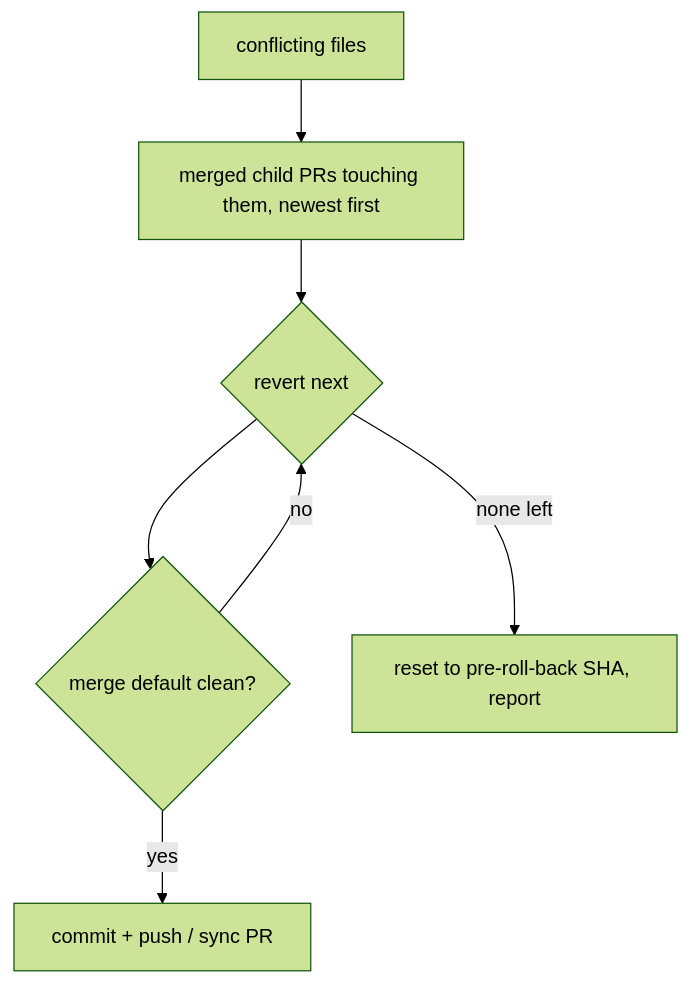
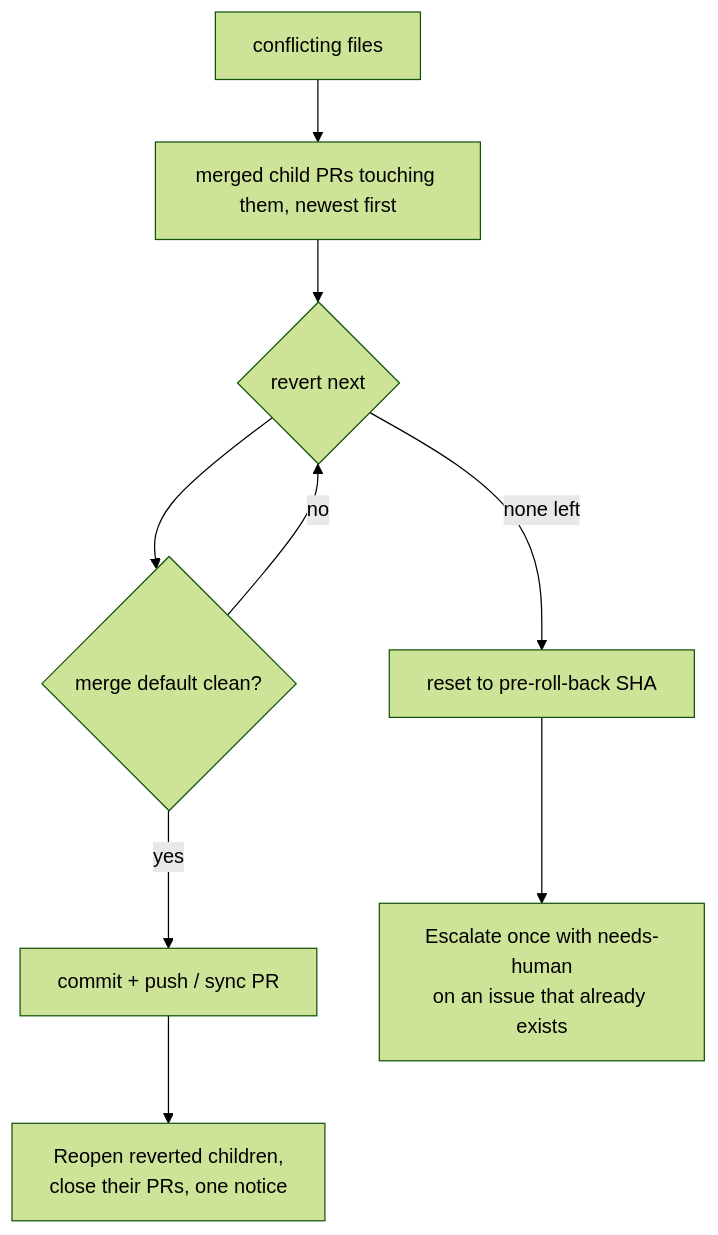
One commit to stSoftwareAU/VibeCoder changed diagram 33 of 34 in docs/INTERNALS.md. Above: the diagram before and after it, drawn with Mermaid (forest theme). The commit also changed other lines of this file and 10 other files, not shown here.

First line of the commit message:
Re-queue reverted children after a milestone roll-back (Issue #1781)

````diff
--- a/docs/INTERNALS.md
+++ b/docs/INTERNALS.md
@@ -3549,9 +3567,11 @@
 ```mermaid
 flowchart TD
     C[conflicting files] --> L[merged child PRs touching them, newest first]
     L --> R{revert next}
     R --> M{merge default clean?}
     M -->|yes| P[commit + push / sync PR]
+    P --> Q["Reopen reverted children,<br/>close their PRs, one notice"]
     M -->|no| R
-    R -->|none left| X[reset to pre-roll-back SHA, report]
+    R -->|none left| X[reset to pre-roll-back SHA]
+    X --> E["Escalate once with needs-human<br/>on an issue that already exists"]
 ```
````
